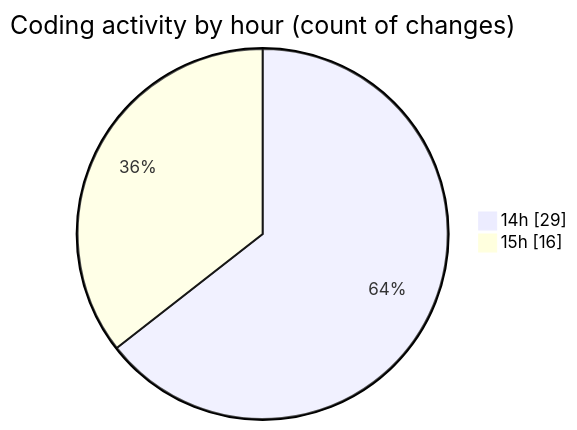
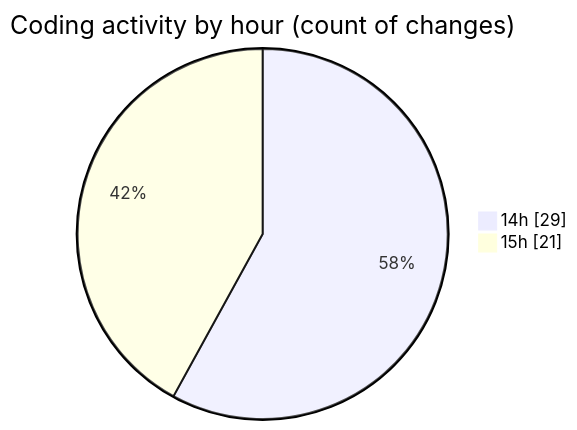
The second of 2 diagrams in 2025-06-05/ecodeli-1/README.md (CELIANVF/code-tracking), drawn with Mermaid before and after one commit. The commit also changed other lines of this file and 1 other file, not shown here.

````diff
--- a/2025-06-05/ecodeli-1/README.md
+++ b/2025-06-05/ecodeli-1/README.md
@@ -49,6 +50,6 @@
 ```mermaid
 pie showData
 title Coding activity by hour (count of changes)
 "14h" : 29
-"15h" : 16
+"15h" : 21
 ```
````
